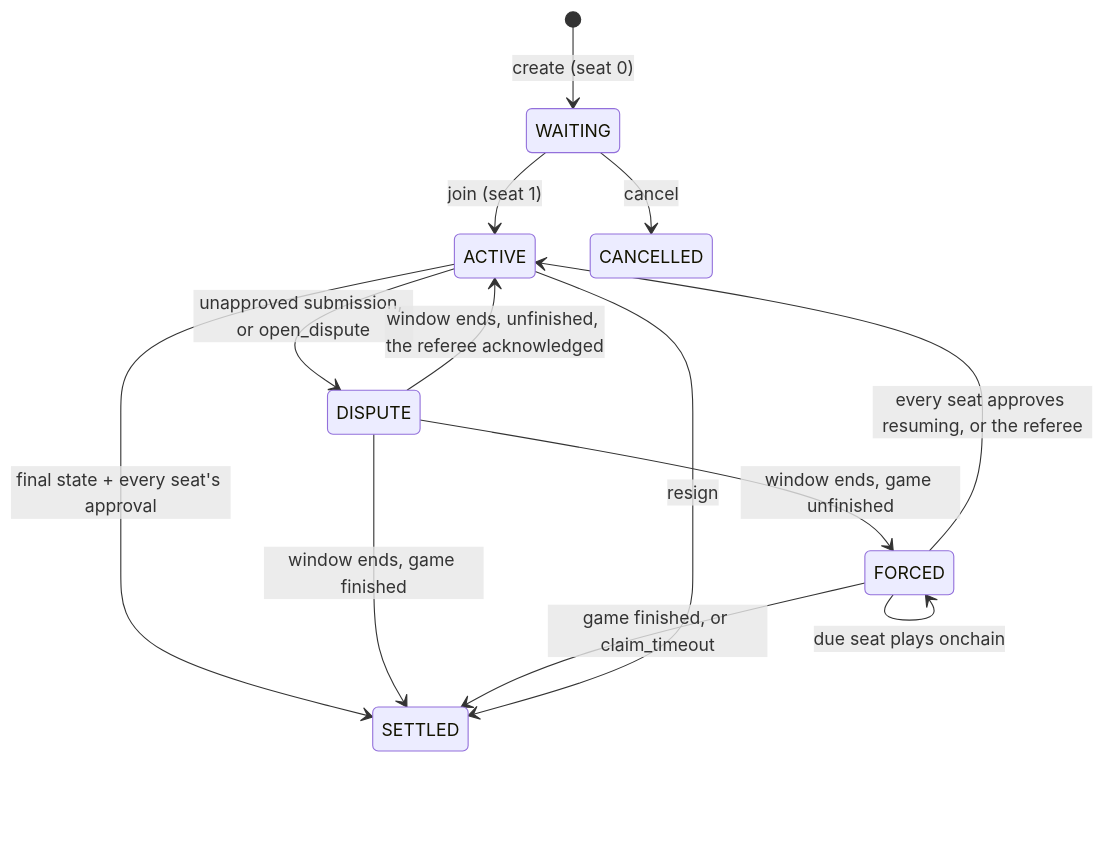
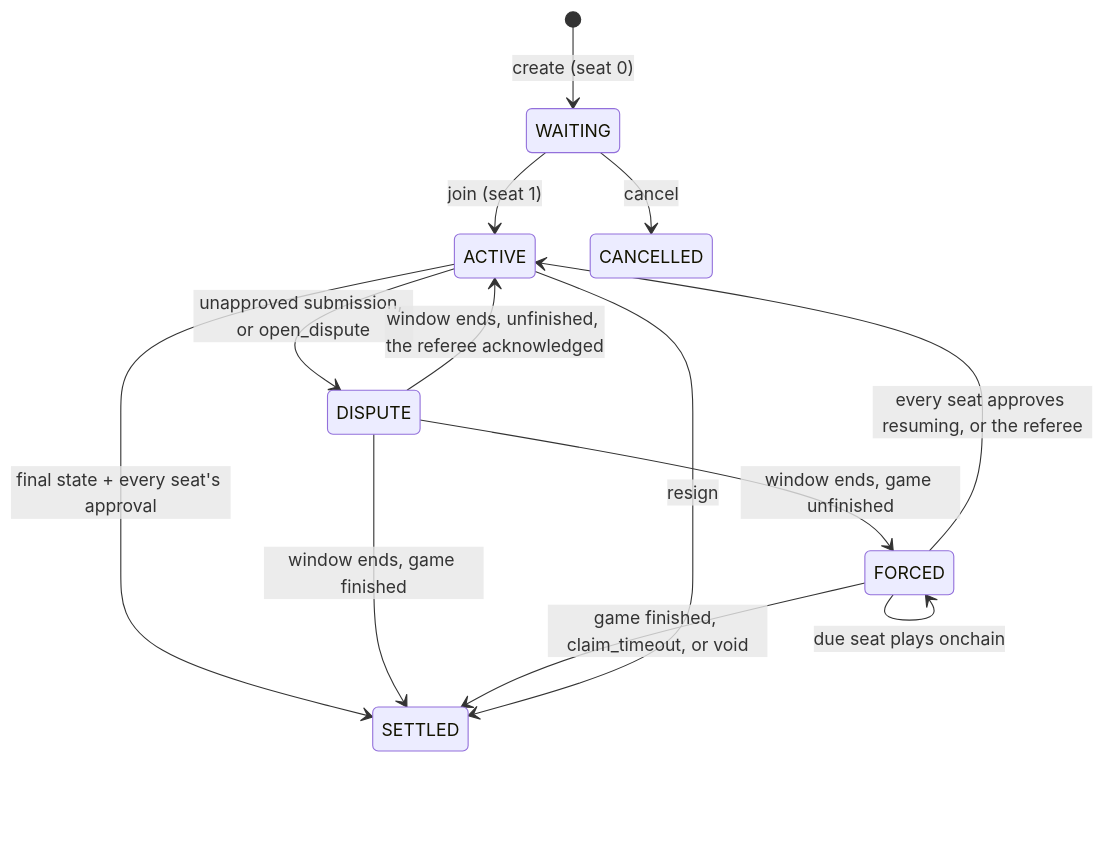
One commit to broody/arbiter changed the diagram in README.md. Above: the diagram before and after it, drawn with Mermaid. The commit also changed other lines of this file and 24 other files, not shown here.

````diff
--- a/README.md
+++ b/README.md
@@ -18,15 +18,15 @@
 ```mermaid
 stateDiagram-v2
     [*] --> WAITING: create (seat 0)
     WAITING --> ACTIVE: join (seat 1)
     WAITING --> CANCELLED: cancel
     ACTIVE --> SETTLED: final state + every seat's approval
     ACTIVE --> DISPUTE: unapproved submission, or open_dispute
     DISPUTE --> SETTLED: window ends, game finished
     DISPUTE --> FORCED: window ends, game unfinished
     DISPUTE --> ACTIVE: window ends, unfinished, the referee acknowledged
     FORCED --> FORCED: due seat plays onchain
     FORCED --> ACTIVE: every seat approves resuming, or the referee
-    FORCED --> SETTLED: game finished, or claim_timeout
+    FORCED --> SETTLED: game finished, claim_timeout, or void
     ACTIVE --> SETTLED: resign
 ```
````
